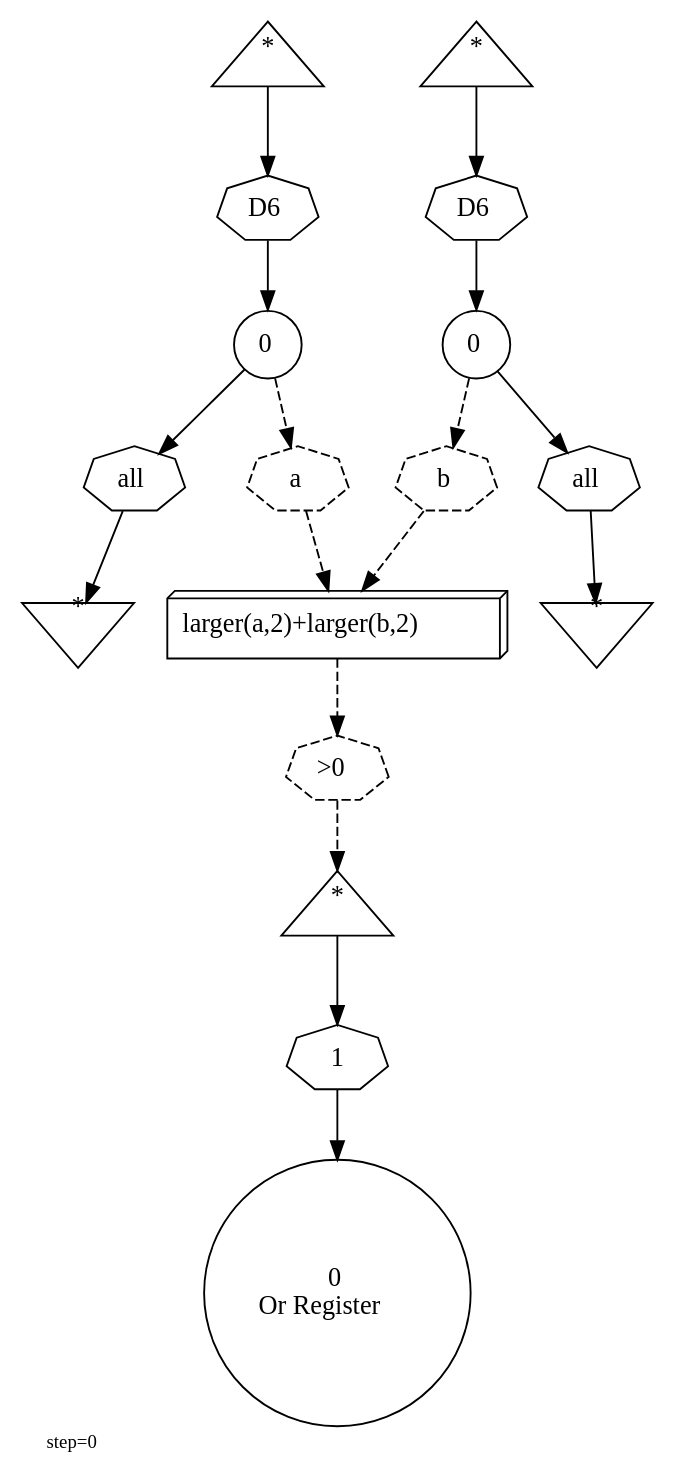
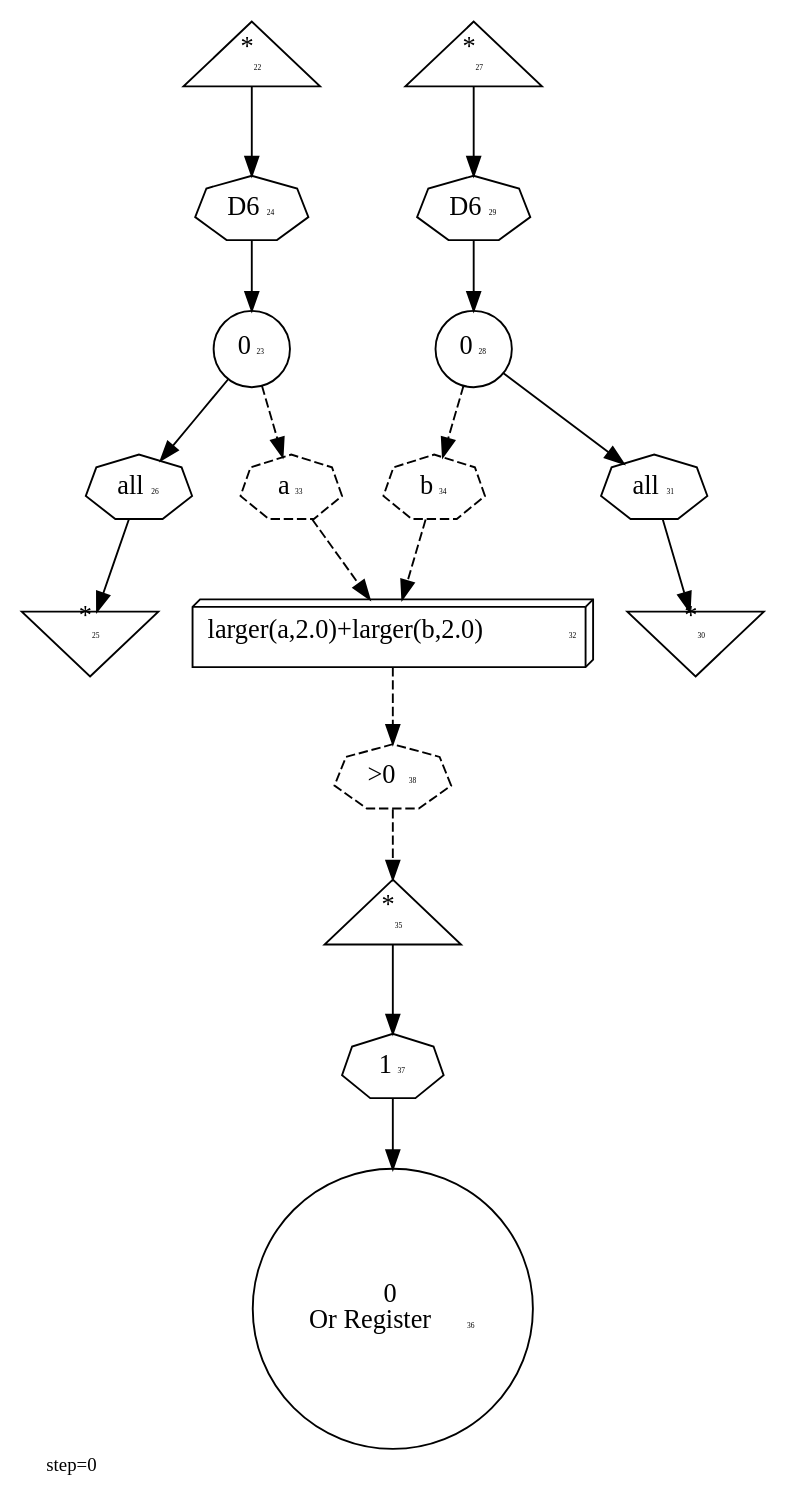
The diagram in ours/101-connections/0002.dot (abarbu/machinations), drawn with Graphviz before and after one commit. The commit also changed 824 other files, not shown here.

```diff
--- a/ours/101-connections/0002.dot
+++ b/ours/101-connections/0002.dot
@@ -1,36 +1,36 @@
 digraph {
   graph  [labelloc=bottom,labeljust=left,fontsize="10",label="step=0"];
-  "22" [shape=triangle,peripheries="1",label=<<SUP>*</SUP>>,labelfontcolor=black,color=black];
-  "23" [shape=circle,peripheries="1",label=<0>,labelfontcolor=black,color=black];
-  "25" [shape=invtriangle,peripheries="1",label=<<SUP>*</SUP>>,labelfontcolor=black,color=black];
-  "27" [shape=triangle,peripheries="1",label=<<SUP>*</SUP>>,labelfontcolor=black,color=black];
-  "28" [shape=circle,peripheries="1",label=<0>,labelfontcolor=black,color=black];
-  "30" [shape=invtriangle,peripheries="1",label=<<SUP>*</SUP>>,labelfontcolor=black,color=black];
-  "32" [shape=box3d,peripheries="1",label=<larger(a,2)+larger(b,2)>,labelfontcolor=black,color=black];
-  "35" [shape=triangle,peripheries="1",label=<<SUP>*</SUP>>,labelfontcolor=black,color=black];
-  "36" [shape=circle,peripheries="1",label=<0<BR />Or Register>,labelfontcolor=black,color=black];
-  "24" [label=<D6>,peripheries="1",color=black,shape=septagon];
+  "22" [shape=triangle,peripheries="1",label=<<SUP>*</SUP><FONT POINT-SIZE='4'>22</FONT>>,labelfontcolor=black,color=black];
+  "23" [shape=circle,peripheries="1",label=<0<FONT POINT-SIZE='4'>23</FONT>>,labelfontcolor=black,color=black];
+  "25" [shape=invtriangle,peripheries="1",label=<<SUP>*</SUP><FONT POINT-SIZE='4'>25</FONT>>,labelfontcolor=black,color=black];
+  "27" [shape=triangle,peripheries="1",label=<<SUP>*</SUP><FONT POINT-SIZE='4'>27</FONT>>,labelfontcolor=black,color=black];
+  "28" [shape=circle,peripheries="1",label=<0<FONT POINT-SIZE='4'>28</FONT>>,labelfontcolor=black,color=black];
+  "30" [shape=invtriangle,peripheries="1",label=<<SUP>*</SUP><FONT POINT-SIZE='4'>30</FONT>>,labelfontcolor=black,color=black];
+  "32" [shape=box3d,peripheries="1",label=<larger(a,2.0)+larger(b,2.0)<FONT POINT-SIZE='4'>32</FONT>>,labelfontcolor=black,color=black];
+  "35" [shape=triangle,peripheries="1",label=<<SUP>*</SUP><FONT POINT-SIZE='4'>35</FONT>>,labelfontcolor=black,color=black];
+  "36" [shape=circle,peripheries="1",label=<0<BR />Or Register<FONT POINT-SIZE='4'>36</FONT>>,labelfontcolor=black,color=black];
+  "24" [label=<D6<FONT POINT-SIZE='4'>24</FONT>>,peripheries="1",color=black,shape=septagon];
   "22" -> "24" [color=black];
   "24" -> "23" [color=black];
-  "26" [label=<all>,peripheries="1",color=black,shape=septagon];
+  "26" [label=<all<FONT POINT-SIZE='4'>26</FONT>>,peripheries="1",color=black,shape=septagon];
   "23" -> "26" [color=black];
   "26" -> "25" [color=black];
-  "29" [label=<D6>,peripheries="1",color=black,shape=septagon];
+  "29" [label=<D6<FONT POINT-SIZE='4'>29</FONT>>,peripheries="1",color=black,shape=septagon];
   "27" -> "29" [color=black];
   "29" -> "28" [color=black];
-  "31" [label=<all>,peripheries="1",color=black,shape=septagon];
+  "31" [label=<all<FONT POINT-SIZE='4'>31</FONT>>,peripheries="1",color=black,shape=septagon];
   "28" -> "31" [color=black];
   "31" -> "30" [color=black];
-  "37" [label=<1>,peripheries="1",color=black,shape=septagon];
+  "37" [label=<1<FONT POINT-SIZE='4'>37</FONT>>,peripheries="1",color=black,shape=septagon];
   "35" -> "37" [color=black];
   "37" -> "36" [color=black];
-  "33" [label=<a>,peripheries="1",color=black,style=dashed,shape=septagon];
+  "33" [label=<a<FONT POINT-SIZE='4'>33</FONT>>,peripheries="1",color=black,style=dashed,shape=septagon];
   "23" -> "33" [style=dashed,color=black];
   "33" -> "32" [style=dashed,color=black];
-  "34" [label=<b>,peripheries="1",color=black,style=dashed,shape=septagon];
+  "34" [label=<b<FONT POINT-SIZE='4'>34</FONT>>,peripheries="1",color=black,style=dashed,shape=septagon];
   "28" -> "34" [style=dashed,color=black];
   "34" -> "32" [style=dashed,color=black];
-  "38" [label=<&gt;0>,peripheries="1",color=black,style=dashed,shape=septagon];
+  "38" [label=<&gt;0<FONT POINT-SIZE='4'>38</FONT>>,peripheries="1",color=black,style=dashed,shape=septagon];
   "32" -> "38" [style=dashed,color=black];
   "38" -> "35" [style=dashed,color=black];
 }
```
